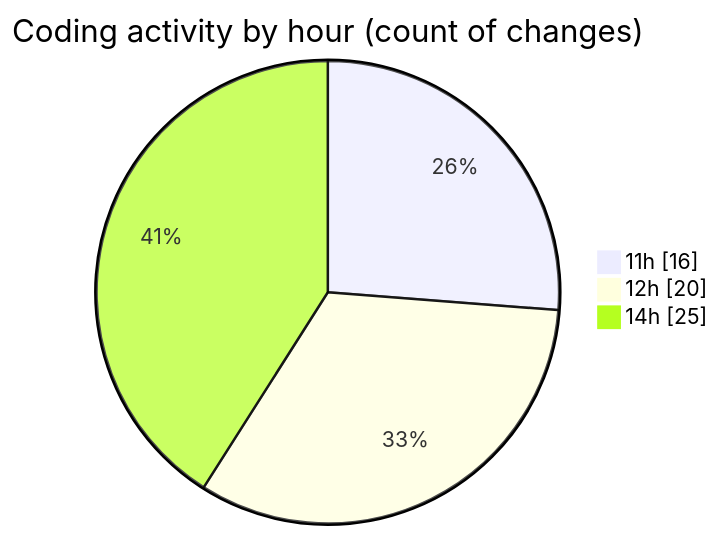
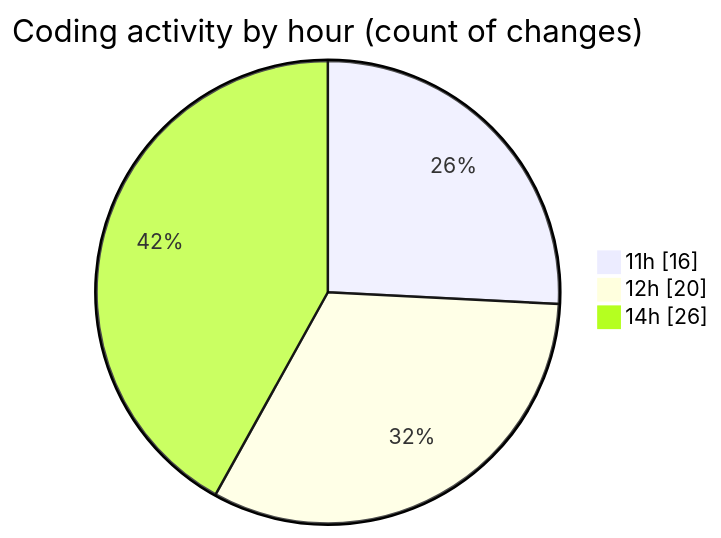
The second of 2 diagrams in 2025-03-26/back-end/README.md (Netris89/code-tracking), drawn with Mermaid before and after one commit. The commit also changed other lines of this file and 1 other file, not shown here.

````diff
--- a/2025-03-26/back-end/README.md
+++ b/2025-03-26/back-end/README.md
@@ -53,7 +53,7 @@
 ```mermaid
 pie showData
 title Coding activity by hour (count of changes)
 "11h" : 16
 "12h" : 20
-"14h" : 25
+"14h" : 26
 ```
````
